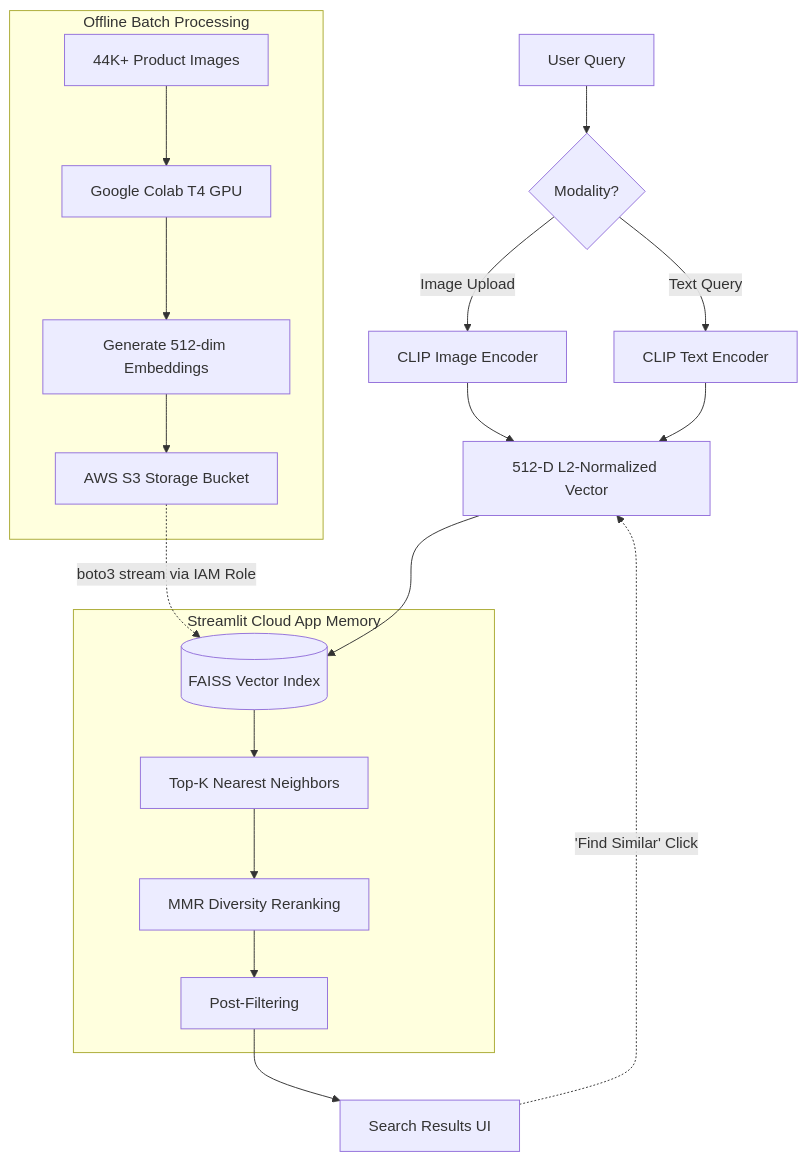
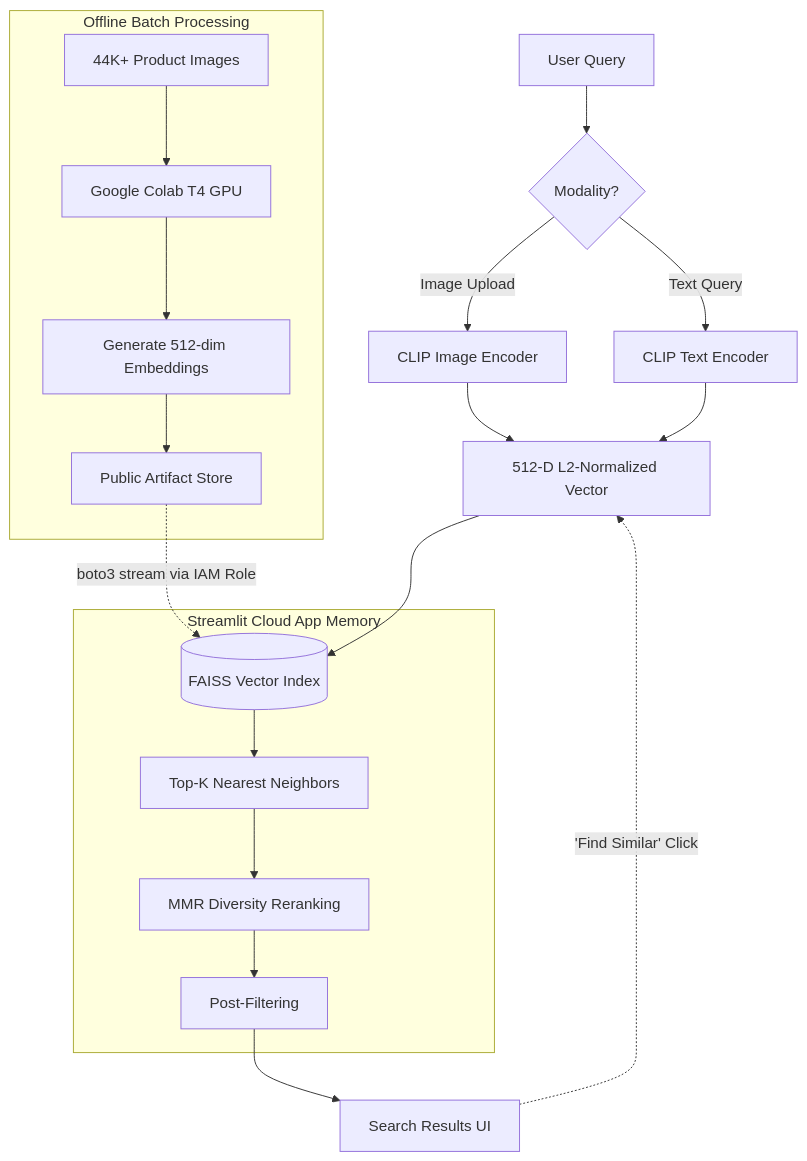
The diagram in README.md (HariHaran9597/product-image-search), drawn with Mermaid before and after one commit. The commit also changed other lines of this file, not shown here.

Commit message:
Align artifact loading documentation

````diff
--- a/README.md
+++ b/README.md
@@ -33,26 +33,26 @@
 ```mermaid
 graph TD
     A[User Query] --> B{Modality?}
     B -->|Image Upload| C[CLIP Image Encoder]
     B -->|Text Query| D[CLIP Text Encoder]
     
     subgraph Offline Batch Processing
     E[44K+ Product Images] --> F[Google Colab T4 GPU]
     F --> G[Generate 512-dim Embeddings]
-    G --> H[AWS S3 Storage Bucket]
+    G --> H[Public Artifact Store]
     end
     
     C --> I[512-D L2-Normalized Vector]
     D --> I
     
     subgraph Streamlit Cloud App Memory
     H -.->|boto3 stream via IAM Role| J[(FAISS Vector Index)]
     J --> K[Top-K Nearest Neighbors]
     K --> L[MMR Diversity Reranking]
     L --> M[Post-Filtering]
     end
     
     I --> J
     M --> N[Search Results UI]
     N -.->|'Find Similar' Click| I
 ```
````
